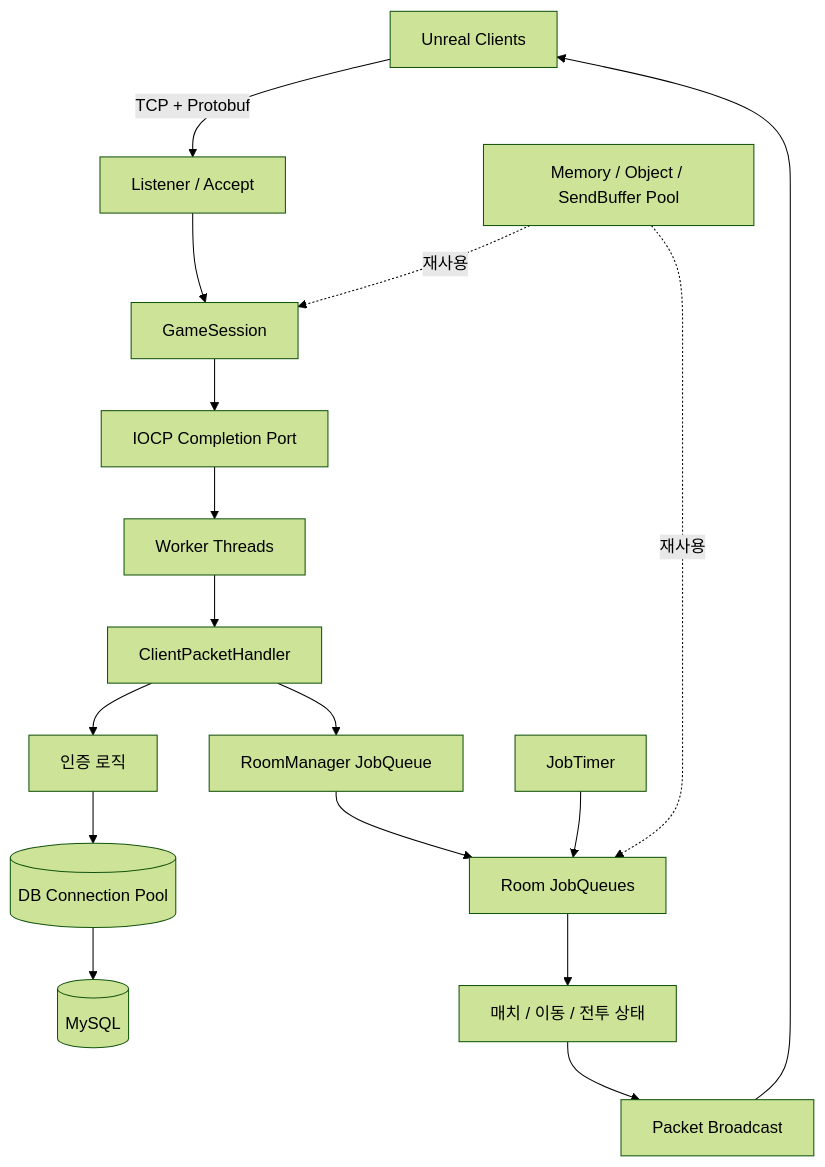
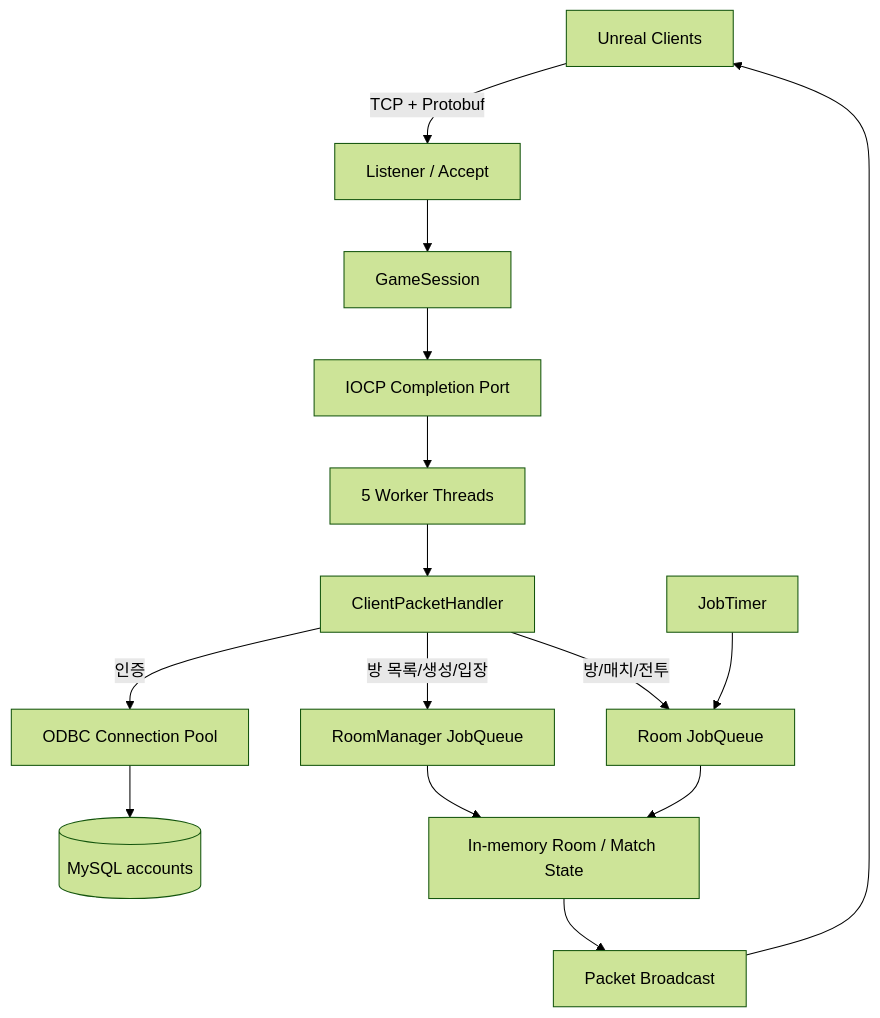
The first of 2 diagrams in README.md (JJW8584/Server_std), drawn with Mermaid (forest theme) before and after one commit. The commit also changed other lines of this file, not shown here.

````diff
--- a/README.md
+++ b/README.md
@@ -32,22 +54,19 @@
 ```mermaid
 flowchart TB
-    Client[Unreal Clients] -->|TCP + Protobuf| Listener[Listener / Accept]
-    Listener --> Session[GameSession]
-    Session --> IOCP[IOCP Completion Port]
-    IOCP --> Workers[Worker Threads]
-    Workers --> Packet[ClientPacketHandler]
+    Clients[Unreal Clients] -->|TCP + Protobuf| Listener[Listener / Accept]
+    Listener --> Sessions[GameSession]
+    Sessions --> IOCP[IOCP Completion Port]
+    IOCP --> Workers[5 Worker Threads]
+    Workers --> Handler[ClientPacketHandler]
 
-    Packet --> Auth[인증 로직]
-    Auth --> DBPool[(DB Connection Pool)]
-    DBPool --> MySQL[(MySQL)]
+    Handler -->|인증| DBPool[ODBC Connection Pool]
+    DBPool --> MySQL[(MySQL accounts)]
 
-    Packet --> RoomManager[RoomManager JobQueue]
-    RoomManager --> Rooms[Room JobQueues]
-    Rooms --> Match[매치 / 이동 / 전투 상태]
-    Match --> Broadcast[Packet Broadcast]
-    Broadcast --> Client
-
-    Timer[JobTimer] --> Rooms
-    Pool[Memory / Object / SendBuffer Pool] -.재사용.-> Session
-    Pool -.재사용.-> Rooms
+    Handler -->|방 목록/생성/입장| RM[RoomManager JobQueue]
+    Handler -->|방/매치/전투| RQ[Room JobQueue]
+    Timer[JobTimer] --> RQ
+    RM --> State[In-memory Room / Match State]
+    RQ --> State
+    State --> Broadcast[Packet Broadcast]
+    Broadcast --> Clients
 ```
````
